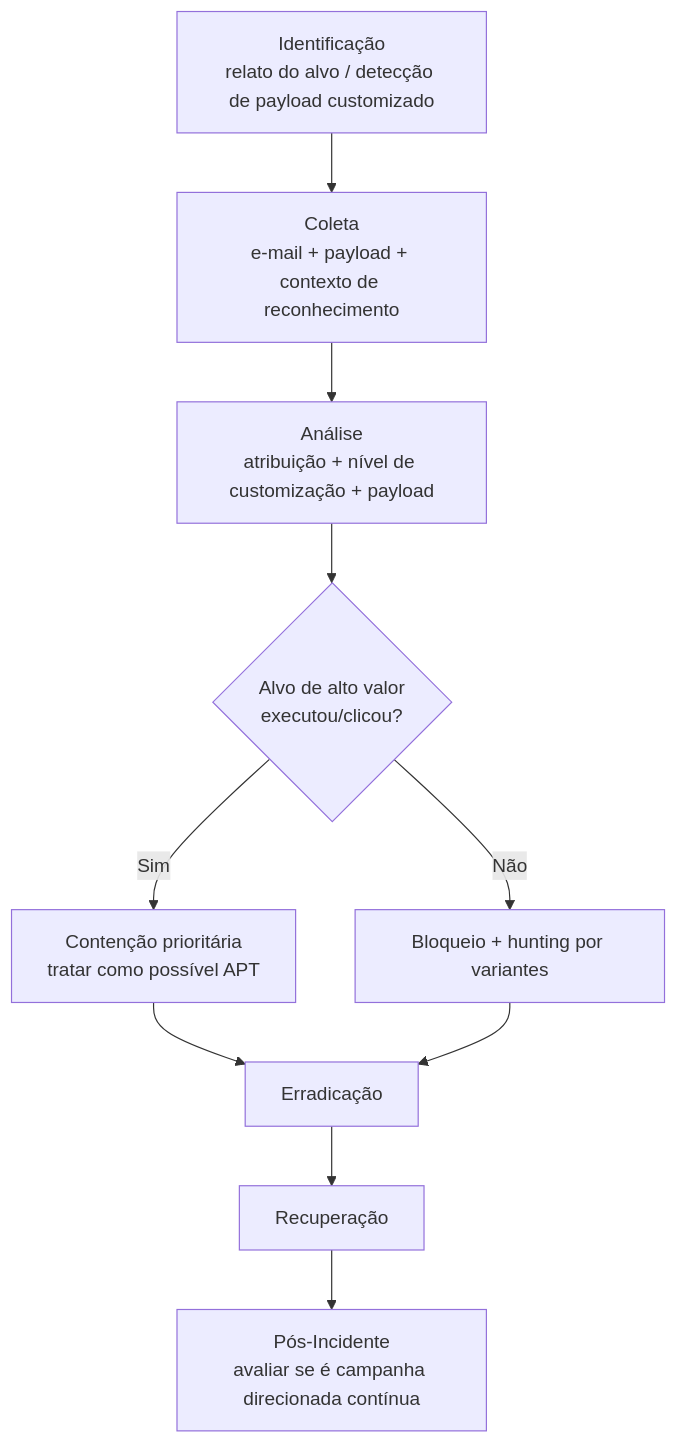
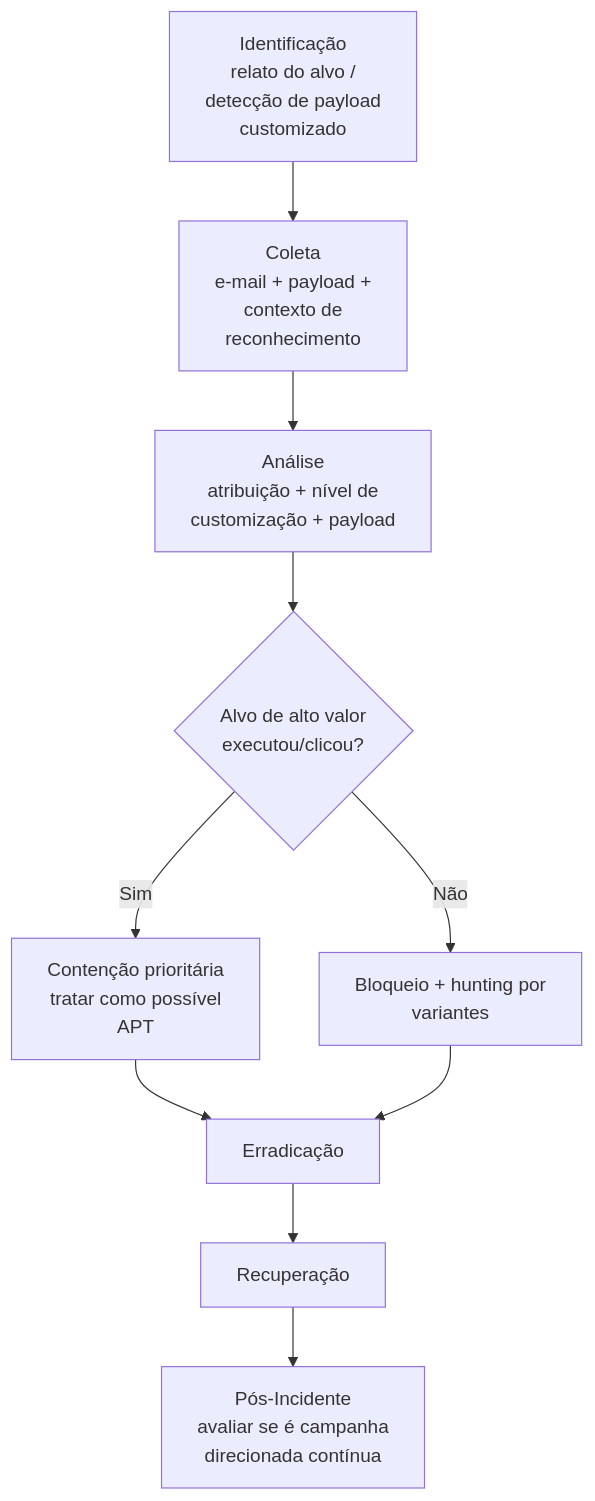
One commit to LuucasVerdun/Cyber-Attack-Analysis-Framework changed the diagram in Attack-Categories/Spear-Phishing/README.md. Above: the diagram before and after it, drawn with Mermaid. The commit also changed 28 other files, not shown here.

````diff
--- a/Attack-Categories/Spear-Phishing/README.md
+++ b/Attack-Categories/Spear-Phishing/README.md
@@ -42,12 +42,12 @@
 ```mermaid
 flowchart TD
-    A[Identificação<br/>relato do alvo / detecção de payload customizado] --> B[Coleta<br/>e-mail + payload + contexto de reconhecimento]
-    B --> C[Análise<br/>atribuição + nível de customização + payload]
+    A[Identificação<br/>relato do alvo /<br/>detecção de payload<br/>customizado] --> B[Coleta<br/>e-mail + payload +<br/>contexto de<br/>reconhecimento]
+    B --> C[Análise<br/>atribuição + nível de<br/>customização + payload]
     C --> D{Alvo de alto valor<br/>executou/clicou?}
-    D -->|Sim| E[Contenção prioritária<br/>tratar como possível APT]
-    D -->|Não| F[Bloqueio + hunting por variantes]
+    D -->|Sim| E[Contenção prioritária<br/>tratar como possível<br/>APT]
+    D -->|Não| F[Bloqueio + hunting por<br/>variantes]
     E --> G[Erradicação]
     F --> G
     G --> H[Recuperação]
-    H --> I[Pós-Incidente<br/>avaliar se é campanha direcionada contínua]
+    H --> I[Pós-Incidente<br/>avaliar se é campanha<br/>direcionada contínua]
 ```
````
